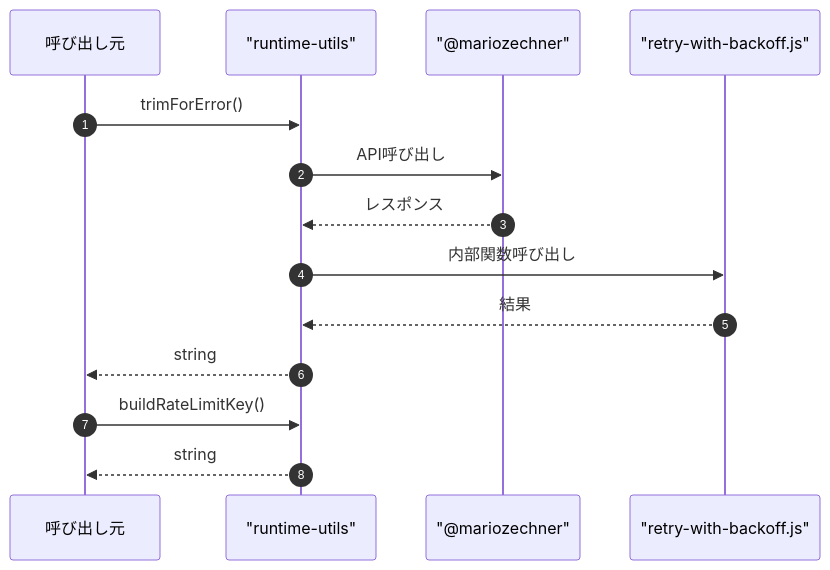
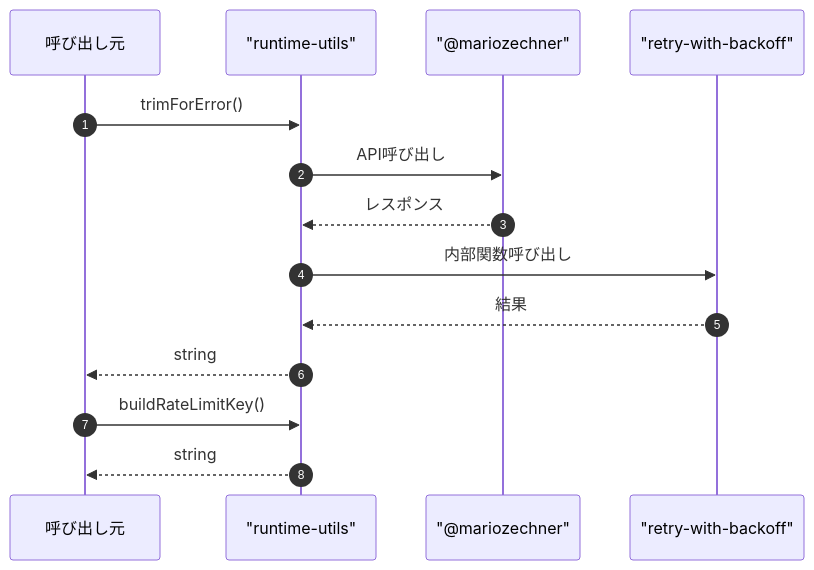
One commit to Mekann2904/mekann changed the third of 3 diagrams in ABDD/.pi/lib/runtime-utils.md. Above: the diagram before and after it, drawn with Mermaid. The commit also changed other lines of this file and 174 other files, not shown here.

First line of the commit message:
fix(docs): ABDDのMermaid図生成エラーを修正する

````diff
--- a/ABDD/.pi/lib/runtime-utils.md
+++ b/ABDD/.pi/lib/runtime-utils.md
@@ -73,18 +73,18 @@
 ```mermaid
 sequenceDiagram
   autonumber
   participant Caller as 呼び出し元
   participant runtime_utils as "runtime-utils"
-  participant _mariozechner as "@mariozechner"
-  participant retry_with_backoff_js as "retry-with-backoff.js"
+  participant mariozechner as "@mariozechner"
+  participant retry_with_backoff as "retry-with-backoff"
 
   Caller->>runtime_utils: trimForError()
-  runtime_utils->>_mariozechner: API呼び出し
-  _mariozechner-->>runtime_utils: レスポンス
-  runtime_utils->>retry_with_backoff_js: 内部関数呼び出し
-  retry_with_backoff_js-->>runtime_utils: 結果
+  runtime_utils->>mariozechner: API呼び出し
+  mariozechner-->>runtime_utils: レスポンス
+  runtime_utils->>retry_with_backoff: 内部関数呼び出し
+  retry_with_backoff-->>runtime_utils: 結果
   runtime_utils-->>Caller: string
 
   Caller->>runtime_utils: buildRateLimitKey()
   runtime_utils-->>Caller: string
 ```
````
